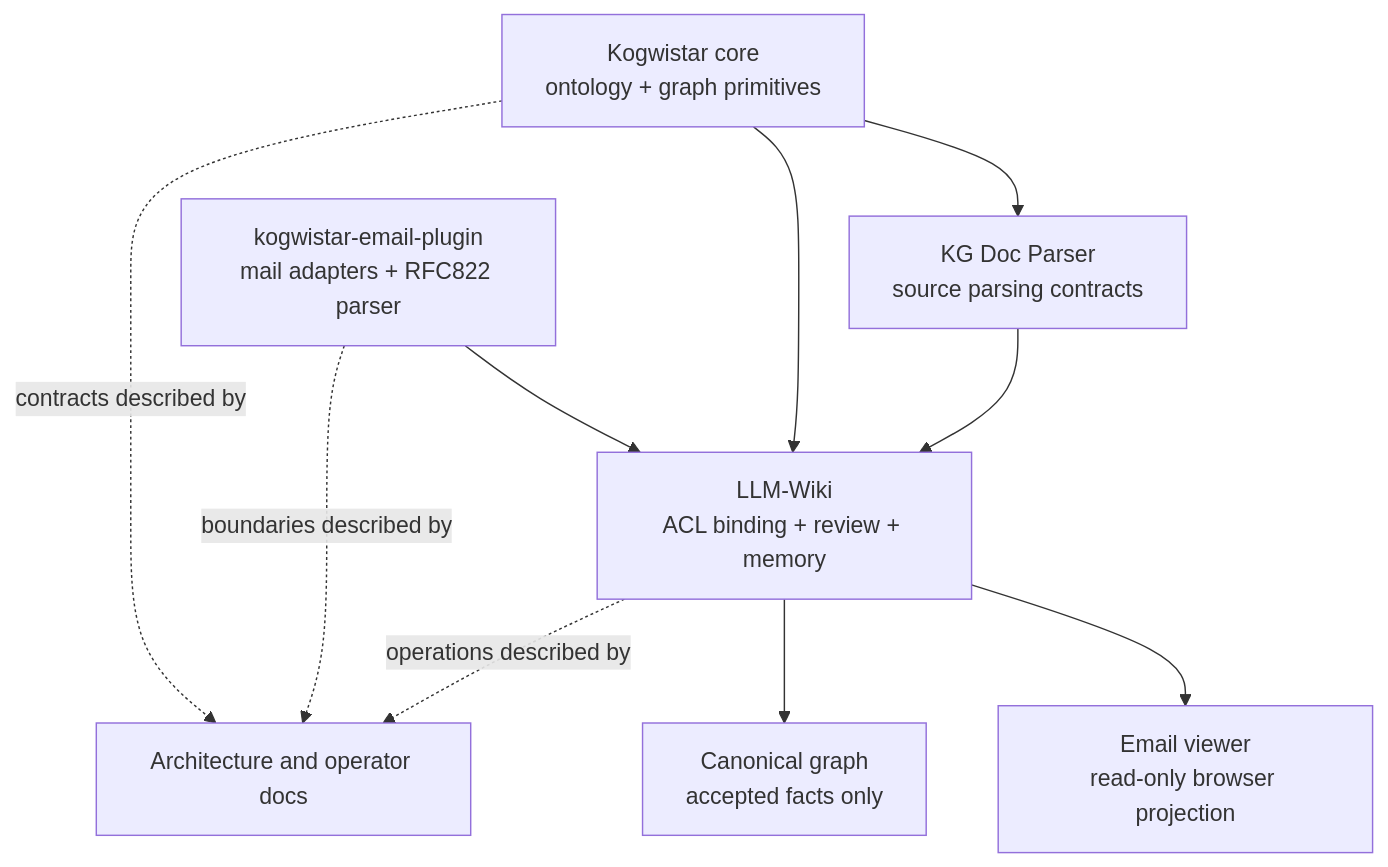
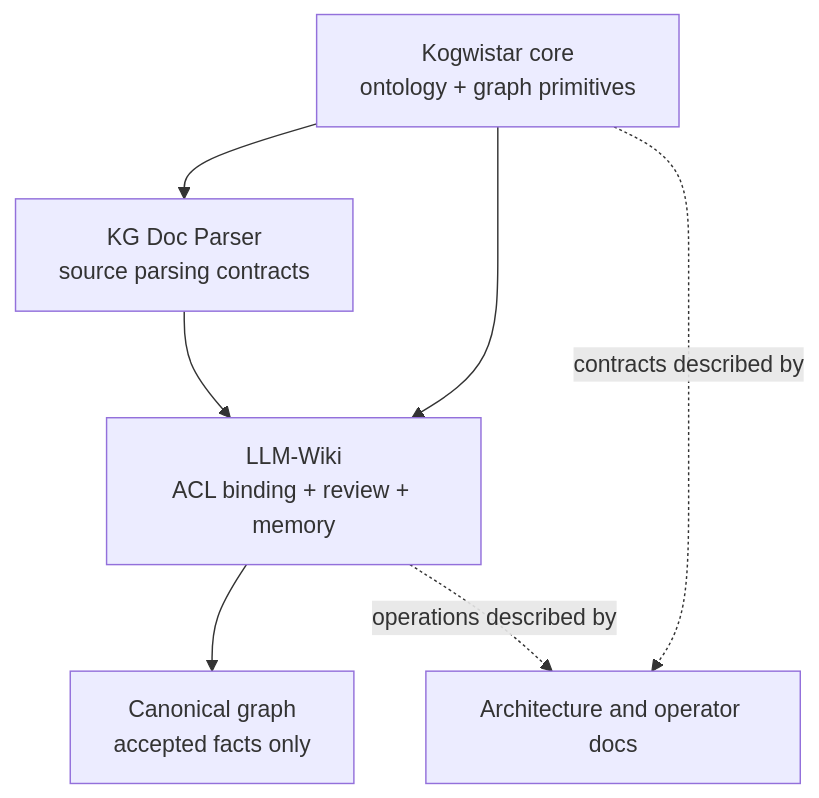
Before and after one commit to humblemat810/kogwistar-llm-wiki: the first of 22 diagrams in doc/diagrams.md, drawn with Mermaid. The commit also changed other lines of this file and 43 other files, not shown here.

Commit message:
refactor: remove email implementation from wiki host

````diff
--- a/doc/diagrams.md
+++ b/doc/diagrams.md
@@ -11,20 +10,15 @@
 ```mermaid
 flowchart TB
     CORE["Kogwistar core\nontology + graph primitives"]
     PARSER["KG Doc Parser\nsource parsing contracts"]
-    PLUGIN["kogwistar-email-plugin\nmail adapters + RFC822 parser"]
     WIKI["LLM-Wiki\nACL binding + review + memory"]
-    VIEWER["Email viewer\nread-only browser projection"]
     GRAPH["Canonical graph\naccepted facts only"]
     DOCS["Architecture and operator docs"]
 
     CORE --> PARSER
     CORE --> WIKI
-    PLUGIN --> WIKI
     PARSER --> WIKI
-    WIKI --> VIEWER
     WIKI --> GRAPH
     CORE -. contracts described by .-> DOCS
-    PLUGIN -. boundaries described by .-> DOCS
     WIKI -. operations described by .-> DOCS
 ```
````
